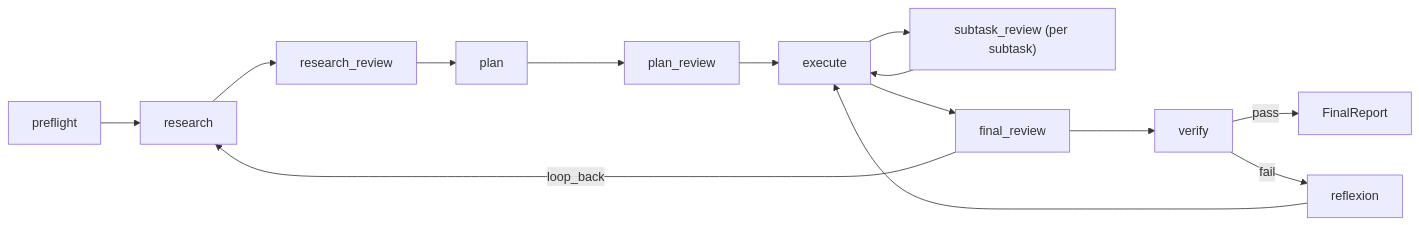
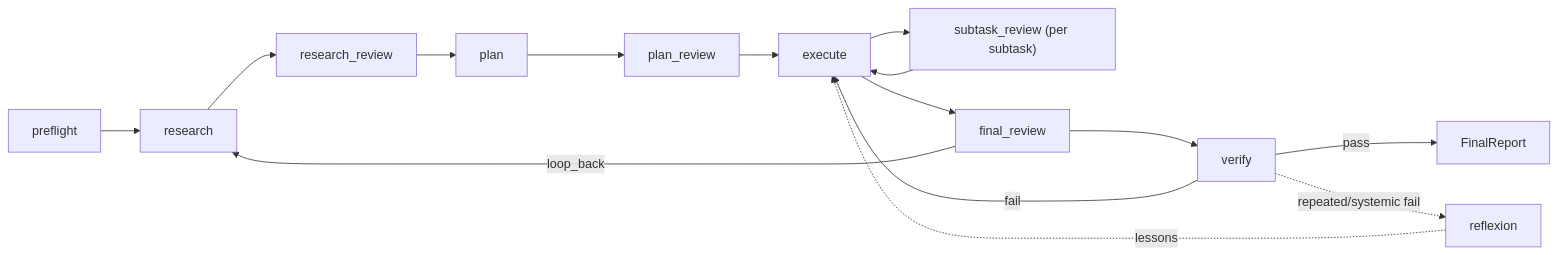
One commit to poliroika/albert7-main changed the second of 2 diagrams in README.md. Above: the diagram before and after it, drawn with Mermaid. The commit also changed other lines of this file and 31 other files, not shown here.

````diff
--- a/README.md
+++ b/README.md
@@ -47,16 +47,17 @@
 ```mermaid
 flowchart LR
     Preflight[preflight] --> Research[research]
     Research --> ResearchReview["research_review"]
     ResearchReview --> Plan[plan]
     Plan --> PlanReview["plan_review"]
     PlanReview --> Execute[execute]
     Execute --> SubtaskReview["subtask_review (per subtask)"]
     SubtaskReview --> Execute
     Execute --> FinalReview["final_review"]
     FinalReview --> Verify[verify]
     Verify -->|pass| Report[FinalReport]
-    Verify -->|fail| Reflexion[reflexion]
-    Reflexion --> Execute
+    Verify -->|fail| Execute
+    Verify -. repeated/systemic fail .-> Reflexion[reflexion]
+    Reflexion -. lessons .-> Execute
     FinalReview -->|loop_back| Research
 ```
````
